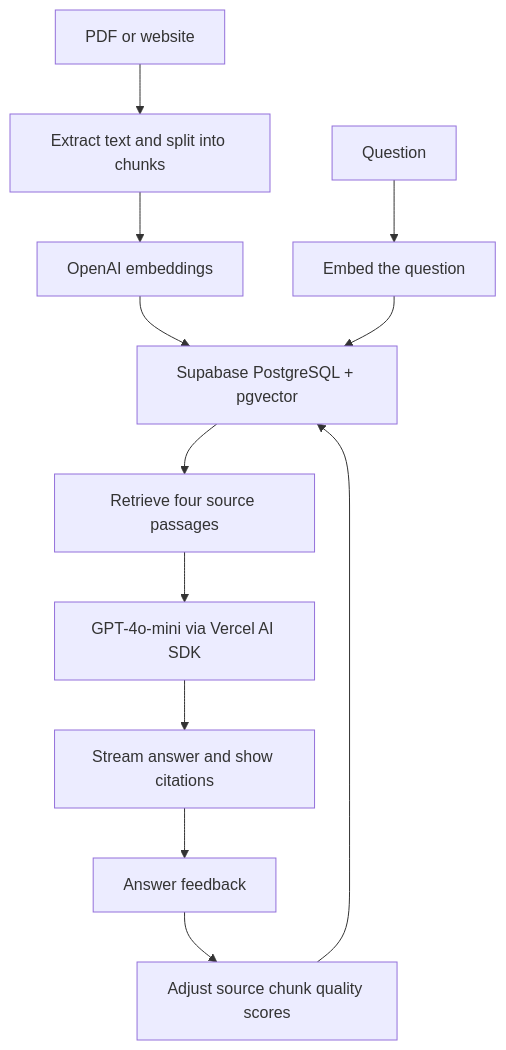
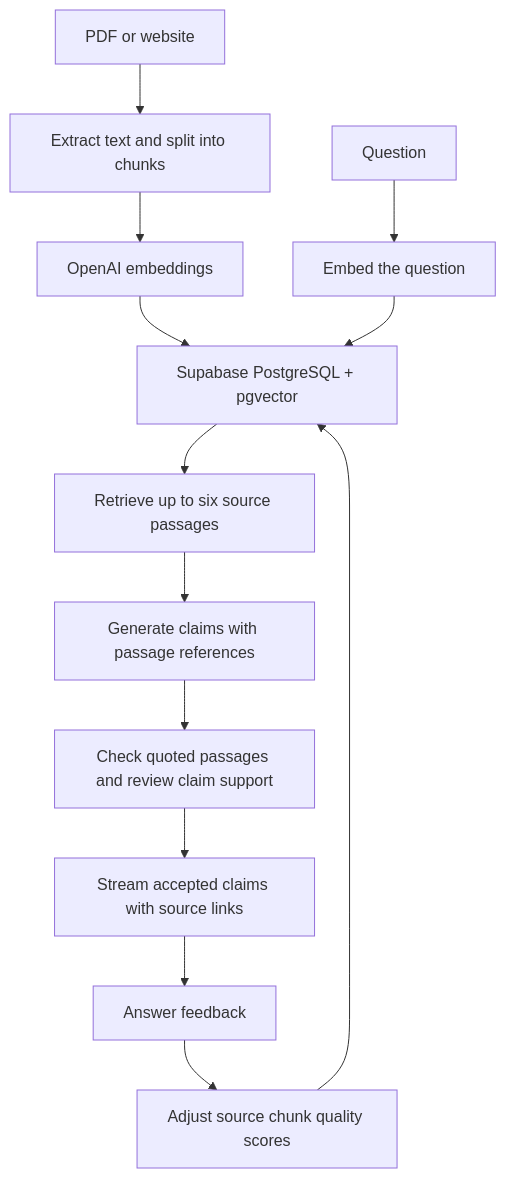
Before and after one commit to Saumya29/askbase: the diagram in README.md, drawn with Mermaid. The commit also changed other lines of this file, not shown here.

Commit message:
docs: align AskBase overview with grounded answer flow

````diff
--- a/README.md
+++ b/README.md
@@ -22,14 +22,15 @@
 ```mermaid
 flowchart TD
     A[PDF or website] --> B[Extract text and split into chunks]
     B --> C[OpenAI embeddings]
     C --> D[Supabase PostgreSQL + pgvector]
     E[Question] --> F[Embed the question]
     F --> D
-    D --> G[Retrieve four source passages]
-    G --> H[GPT-4o-mini via Vercel AI SDK]
-    H --> I[Stream answer and show citations]
-    I --> J[Answer feedback]
+    D --> G[Retrieve up to six source passages]
+    G --> H[Generate claims with passage references]
+    H --> I[Check quoted passages and review claim support]
+    I --> L[Stream accepted claims with source links]
+    L --> J[Answer feedback]
     J --> K[Adjust source chunk quality scores]
     K --> D
 ```
````
